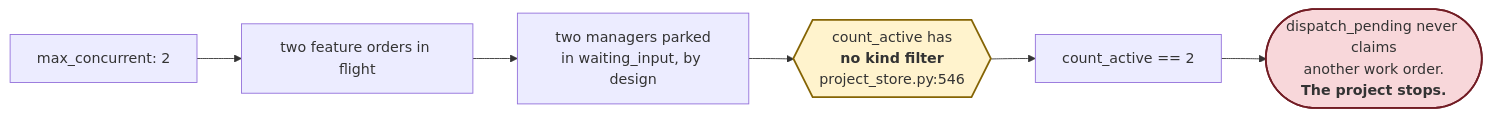
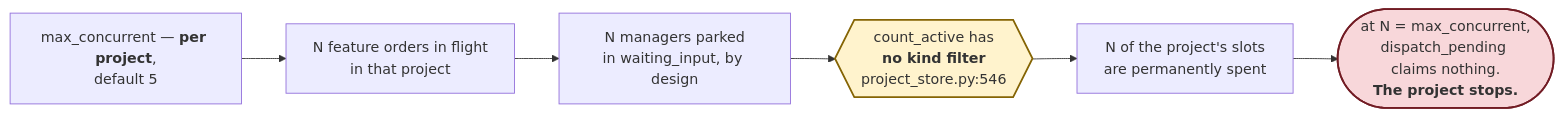
One commit to gonandrap/agentic_os changed diagram 13 of 14 in docs/superpowers/specs/2026-08-08-validation-panel-plan.md. Above: the diagram before and after it, drawn with Mermaid. The commit also changed other lines of this file and 1 other file, not shown here.

First line of the commit message:
Type the envelope, name the resilience, and correct two facts I got wrong

````diff
--- a/docs/superpowers/specs/2026-08-08-validation-panel-plan.md
+++ b/docs/superpowers/specs/2026-08-08-validation-panel-plan.md
@@ -352,11 +446,11 @@
 ```mermaid
 flowchart LR
-    A["max_concurrent: 2"] --> B["two feature orders in flight"]
-    B --> C["two managers parked<br/>in waiting_input, by design"]
+    A["max_concurrent — <b>per project</b>,<br/>default 5"] --> B["N feature orders in flight<br/>in that project"]
+    B --> C["N managers parked<br/>in waiting_input, by design"]
     C --> D{{"count_active has<br/><b>no kind filter</b><br/>project_store.py:546"}}
-    D --> E["count_active == 2"]
-    E --> F(["dispatch_pending never claims<br/>another work order.<br/><b>The project stops.</b>"])
+    D --> E["N of the project's slots<br/>are permanently spent"]
+    E --> F(["at N = max_concurrent,<br/>dispatch_pending claims nothing.<br/><b>The project stops.</b>"])
 
     style D fill:#fff3cd,stroke:#856404,stroke-width:2px
     style F fill:#f8d7da,stroke:#721c24,stroke-width:2px
 ```
````
